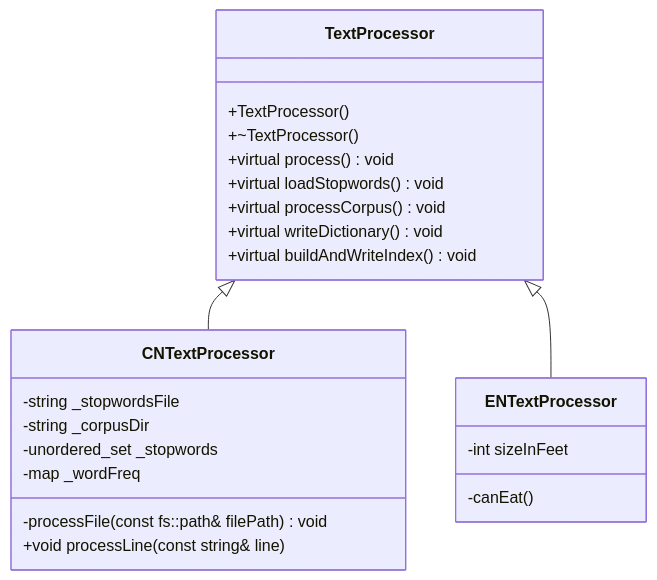
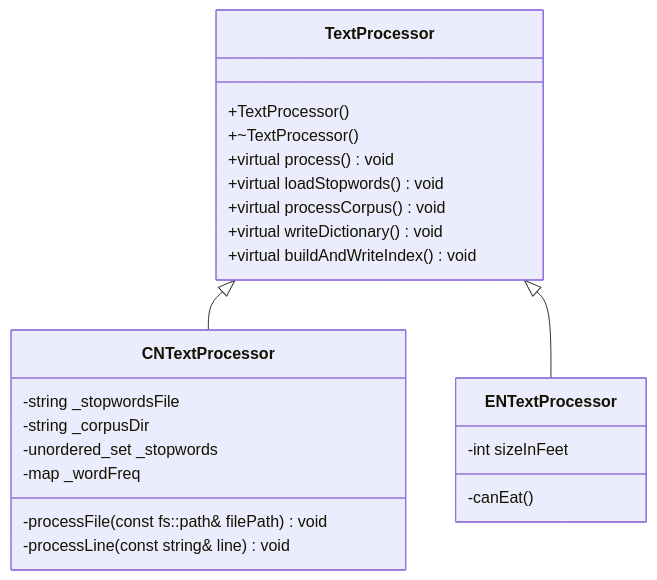
The diagram in all/未命名-1.md (Jason-DancingBoy/iodraw-files), drawn with Mermaid before and after one commit.

Commit message:
2026-01-02 21:07:35 update

````diff
--- a/all/未命名-1.md
+++ b/all/未命名-1.md
@@ -1,28 +1,28 @@
 ```mermaid
 classDiagram
     TextProcessor <|-- CNTextProcessor
     TextProcessor <|-- ENTextProcessor
     TextProcessor: +TextProcessor()
     TextProcessor: +~TextProcessor()
     TextProcessor: +virtual process() void
     TextProcessor: +virtual loadStopwords() void 
     TextProcessor: +virtual processCorpus() void
     TextProcessor: +virtual writeDictionary() void
     TextProcessor: +virtual buildAndWriteIndex() void
     class CNTextProcessor{
       -string _stopwordsFile
       -string _corpusDir
       -unordered_set<string> _stopwords
       -map<string, int> _wordFreq
       -processFile(const fs::path& filePath) void
-      +void processLine(const string& line) 
+      -processLine(const string& line) void 
     }
     class ENTextProcessor{
       -int sizeInFeet
       -canEat()
     }
     %%  string _stopwordsFile; // 存放停用词文件名
     %%  string _corpusDir; // 存放语料库目录
     %%  unordered_set<string> _stopwords; // 用来存放停用词
     %%  map<string, int> _wordFreq;
 ```
````
